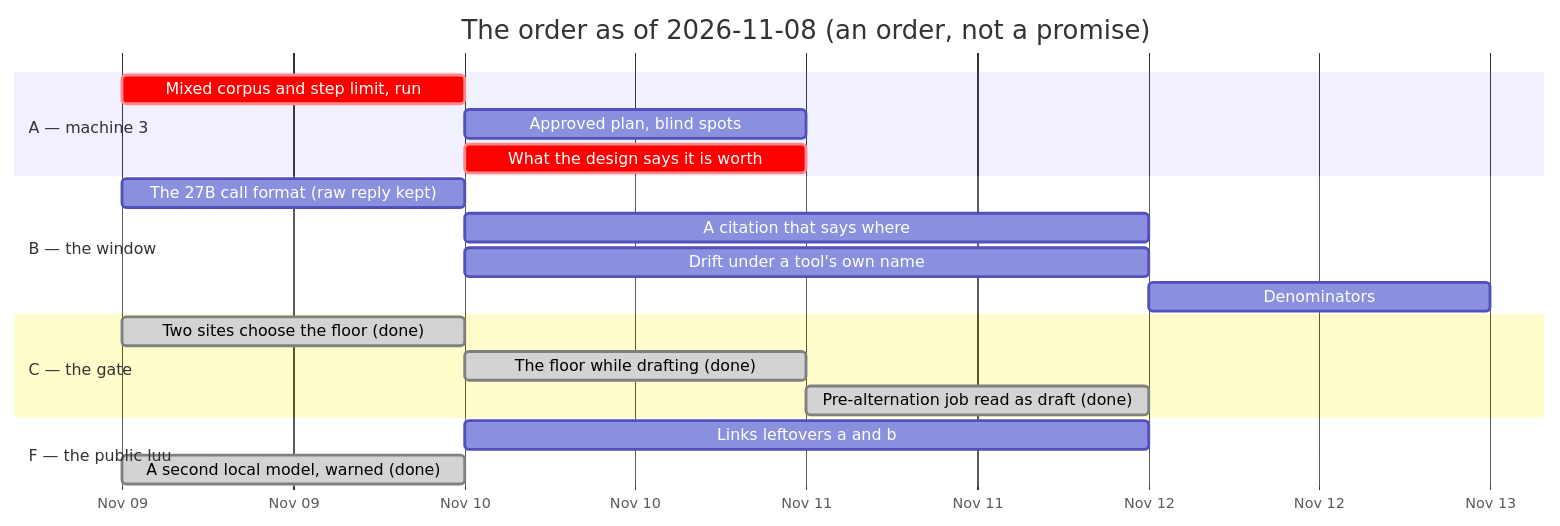
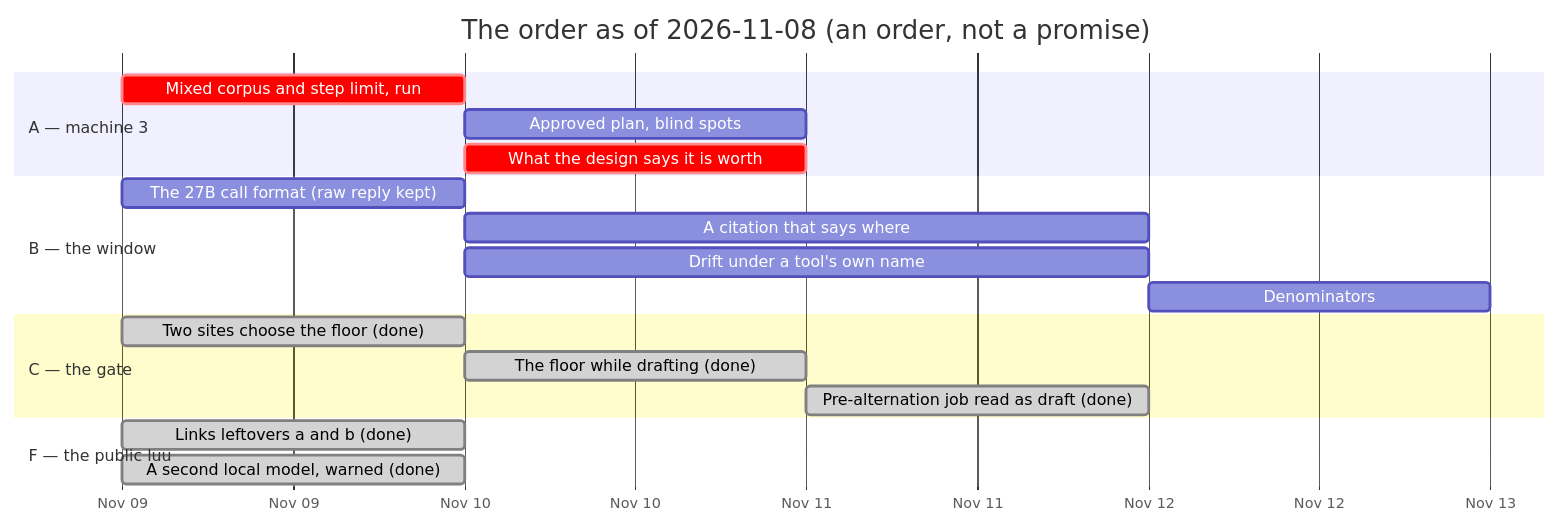
The diagram in ROADMAP/2026-11-08/README.md (jgermade/luu), drawn with Mermaid before and after one commit. The commit also changed other lines of this file and 8 other files, not shown here.

````diff
--- a/ROADMAP/2026-11-08/README.md
+++ b/ROADMAP/2026-11-08/README.md
@@ -161,22 +161,22 @@
 ```mermaid
 gantt
     title The order as of 2026-11-08 (an order, not a promise)
     dateFormat YYYY-MM-DD
     axisFormat %b %d
     section A — machine 3
     Mixed corpus and step limit, run       :crit, run, 2026-11-09, 1d
     Approved plan, blind spots             :appr, after run, 1d
     What the design says it is worth       :crit, claim, after run, 1d
     section B — the window
     The 27B call format (raw reply kept)   :fmt, 2026-11-09, 1d
     A citation that says where             :ptr, after run, 2d
     Drift under a tool's own name          :drift, after fmt, 2d
     Denominators                           :tally, after drift, 1d
     section C — the gate
     Two sites choose the floor (done)      :done, sites, 2026-11-09, 1d
     The floor while drafting (done)        :done, floor, after sites, 1d
     Pre-alternation job read as draft (done) :done, prealt, after floor, 1d
     section F — the public luu
-    Links leftovers a and b                :links, 2026-11-10, 2d
+    Links leftovers a and b (done)         :done, links, 2026-11-09, 1d
     A second local model, warned (done)    :done, mem, 2026-11-09, 1d
 ```
````
